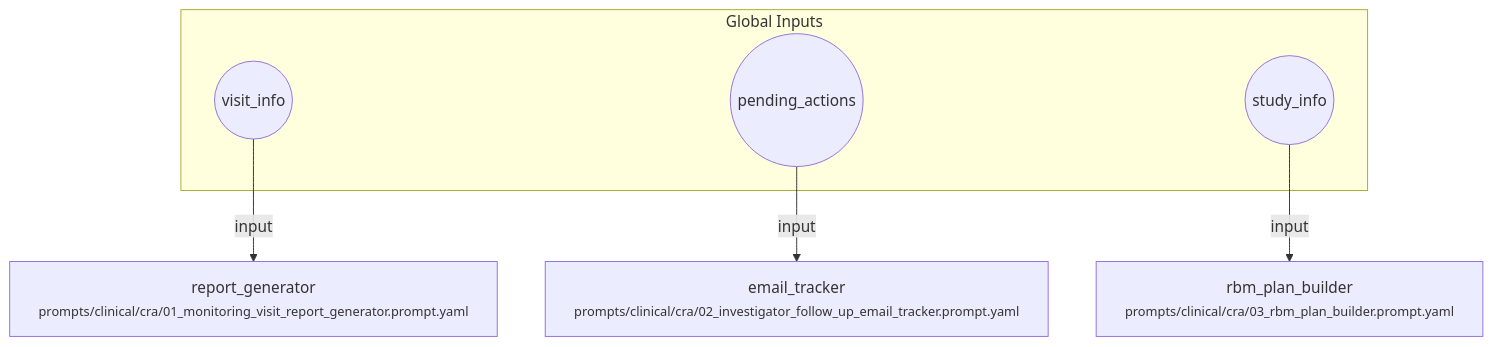
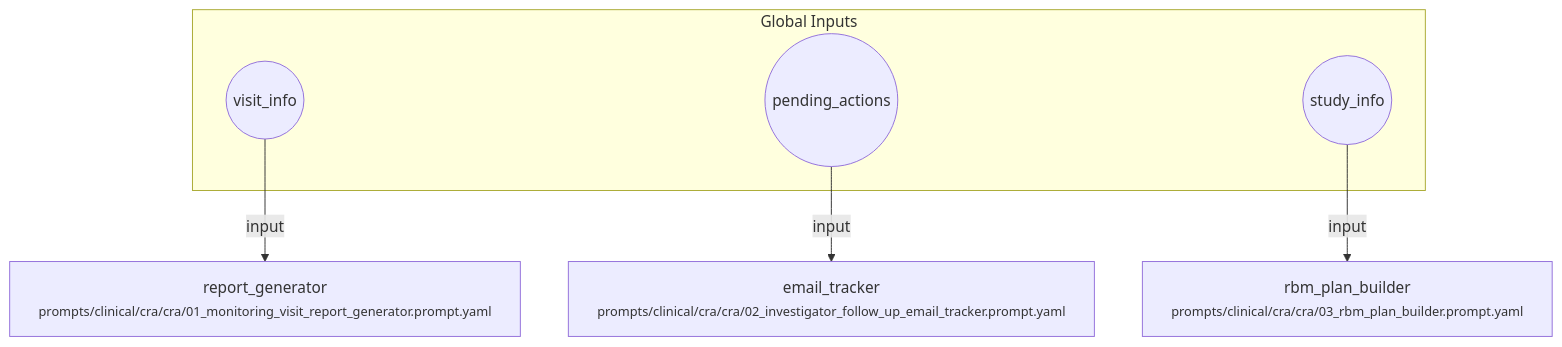
The diagram in workflows/clinical/cra.workflow.md (fderuiter/proompts), drawn with Mermaid before and after one commit. The commit also changed 31 other files, not shown here.

````diff
--- a/workflows/clinical/cra.workflow.md
+++ b/workflows/clinical/cra.workflow.md
@@ -7,14 +7,14 @@
 ```mermaid
 flowchart TD
     subgraph Inputs [Global Inputs]
         inp_visit_info((visit_info))
         inp_pending_actions((pending_actions))
         inp_study_info((study_info))
     end
-    report_generator["report_generator<br/><small>prompts/clinical/cra/01_monitoring_visit_report_generator.prompt.yaml</small>"]
-    email_tracker["email_tracker<br/><small>prompts/clinical/cra/02_investigator_follow_up_email_tracker.prompt.yaml</small>"]
-    rbm_plan_builder["rbm_plan_builder<br/><small>prompts/clinical/cra/03_rbm_plan_builder.prompt.yaml</small>"]
+    report_generator["report_generator<br/><small>prompts/clinical/cra/cra/01_monitoring_visit_report_generator.prompt.yaml</small>"]
+    email_tracker["email_tracker<br/><small>prompts/clinical/cra/cra/02_investigator_follow_up_email_tracker.prompt.yaml</small>"]
+    rbm_plan_builder["rbm_plan_builder<br/><small>prompts/clinical/cra/cra/03_rbm_plan_builder.prompt.yaml</small>"]
     inp_visit_info -->|input| report_generator
     inp_pending_actions -->|input| email_tracker
     inp_study_info -->|input| rbm_plan_builder
 ```
````
